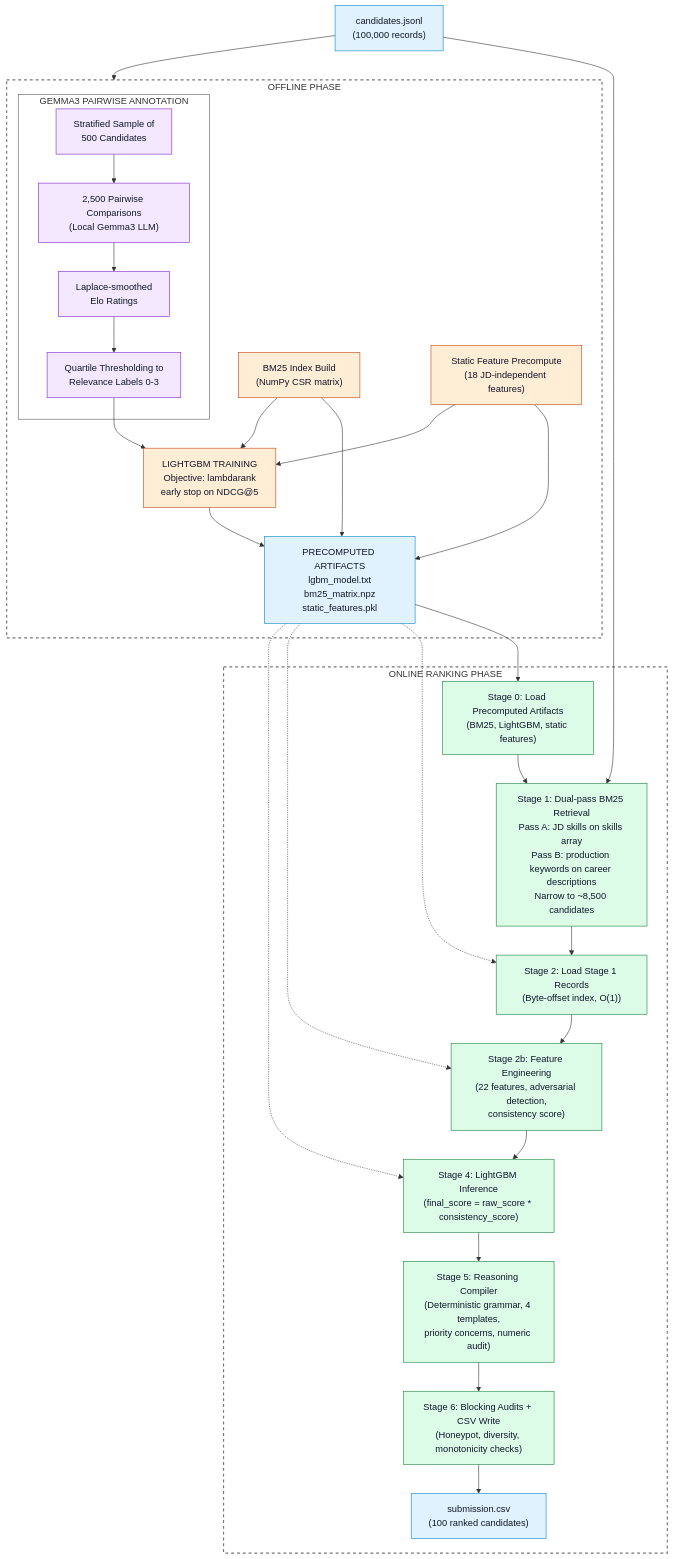
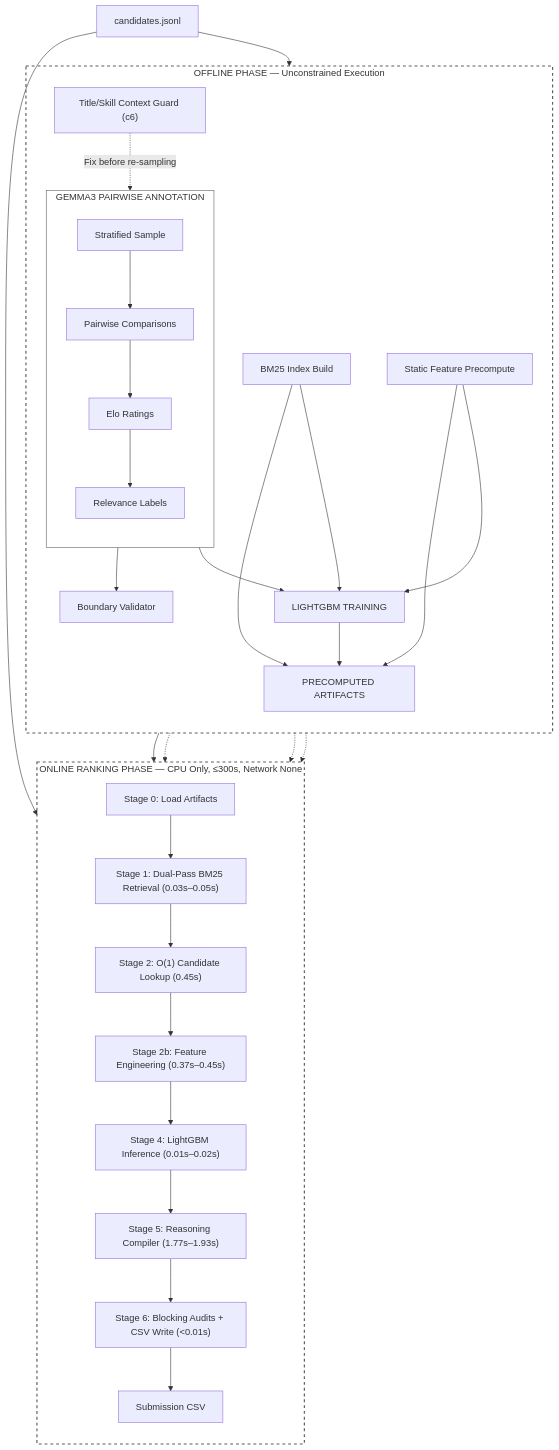
One commit to Pranjal1342/-LLM-Trained-LambdaRank-Candidate-Engine changed the diagram in README.md. Above: the diagram before and after it, drawn with Mermaid. The commit also changed other lines of this file, not shown here.

Commit message:
Update architecture diagram in README

````diff
--- a/README.md
+++ b/README.md
@@ -34,31 +34,41 @@
 ```mermaid
  flowchart TD
-    %% Define classes with light pastel fills, complementary borders, and dark text for contrast
-    classDef data fill:#e0f2fe,stroke:#0284c7,stroke-width:1px,color:#0f172a;
-    classDef llm fill:#f3e8ff,stroke:#7e22ce,stroke-width:1px,color:#0f172a;
-    classDef offline fill:#ffedd5,stroke:#c2410c,stroke-width:1px,color:#0f172a;
-    classDef online fill:#dcfce7,stroke:#15803d,stroke-width:1px,color:#0f172a;
+    %% Styling Classes mapped to the custom palette
+    classDef data fill:#272B36,stroke:#B7B8BB,stroke-width:1px,color:#D7D7D6;
+    classDef llm fill:#595D66,stroke:#B7B8BB,stroke-width:1px,color:#D7D7D6;
+    classDef offline fill:#595D66,stroke:#B7B8BB,stroke-width:1px,color:#D7D7D6;
+    classDef online fill:#595D66,stroke:#B7B8BB,stroke-width:1px,color:#D7D7D6;
+    classDef fixed fill:#595D66,stroke:#D7D7D6,stroke-width:2px,color:#D7D7D6;
+    classDef pending fill:#272B36,stroke:#A08A81,stroke-width:2px,stroke-dasharray:5 5,color:#A08A81;
 
-    candidates_jsonl["candidates.jsonl<br/>(100,000 records)"]:::data
-    submission_csv["submission.csv<br/>(100 ranked candidates)"]:::data
+    candidates_jsonl["candidates.jsonl"]
 
-    subgraph offline_phase [OFFLINE PHASE]
+    subgraph offline_phase [OFFLINE PHASE — Unconstrained Execution]
+        direction TB
+        
         subgraph gemma3_annotation [GEMMA3 PAIRWISE ANNOTATION]
-            stratified_sample["Stratified Sample of<br/>500 Candidates"]:::llm
-            pairwise_comparisons["2,500 Pairwise Comparisons<br/>(Local Gemma3 LLM)"]:::llm
-            elo_ratings["Laplace-smoothed<br/>Elo Ratings"]:::llm
-            relevance_labels["Quartile Thresholding to<br/>Relevance Labels 0-3"]:::llm
+            direction TB
             
+            stratified_sample["Stratified Sample"]
+            pairwise_comparisons["Pairwise Comparisons"]
+            elo_ratings["Elo Ratings"]
+            relevance_labels["Relevance Labels"]
+
             stratified_sample --> pairwise_comparisons
             pairwise_comparisons --> elo_ratings
             elo_ratings --> relevance_labels
         end
-        
-        bm25_index_build["BM25 Index Build<br/>(NumPy CSR matrix)"]:::offline
-        static_feature_precompute["Static Feature Precompute<br/>(18 JD-independent features)"]:::offline
-        
-        lightgbm_training["LIGHTGBM TRAINING<br/>Objective: lambdarank<br/>early stop on NDCG@5"]:::offline
-        
+
+        mismatch_detector_fix["Title/Skill Context Guard (c6)"]
+        mismatch_detector_fix -.->|Fix before re-sampling| stratified_sample
+
+        relevance_labels --> boundary_validator
+        boundary_validator["Boundary Validator"]
+
+        bm25_index_build["BM25 Index Build"]
+        static_feature_precompute["Static Feature Precompute"]
+        lightgbm_training["LIGHTGBM TRAINING"]
+
         bm25_index_build --> precomputed_artifacts_box
         static_feature_precompute --> precomputed_artifacts_box
         relevance_labels --> lightgbm_training
@@ -67,24 +77,21 @@
         
         lightgbm_training --> precomputed_artifacts_box
         
-        precomputed_artifacts_box["PRECOMPUTED ARTIFACTS<br/>lgbm_model.txt<br/>bm25_matrix.npz<br/>static_features.pkl"]:::data
+        precomputed_artifacts_box["PRECOMPUTED ARTIFACTS"]
     end
-    
-    subgraph online_ranking_phase [ONLINE RANKING PHASE]
-        stage_0["Stage 0: Load Precomputed Artifacts<br/>(BM25, LightGBM, static features)"]:::online
+
+    subgraph online_ranking_phase [ONLINE RANKING PHASE — CPU Only, ≤300s, Network None]
+        direction TB
         
-        stage_1["Stage 1: Dual-pass BM25 Retrieval<br/>Pass A: JD skills on skills array<br/>Pass B: production keywords on career descriptions<br/>Narrow to ~8,500 candidates"]:::online
-        
-        stage_2["Stage 2: Load Stage 1 Records<br/>(Byte-offset index, O(1))"]:::online
-        
-        stage_2b["Stage 2b: Feature Engineering<br/>(22 features, adversarial detection,<br/>consistency score)"]:::online
-        
-        stage_4["Stage 4: LightGBM Inference<br/>(final_score = raw_score * consistency_score)"]:::online
-        
-        stage_5["Stage 5: Reasoning Compiler<br/>(Deterministic grammar, 4 templates,<br/>priority concerns, numeric audit)"]:::online
-        
-        stage_6["Stage 6: Blocking Audits + CSV Write<br/>(Honeypot, diversity, monotonicity checks)"]:::online
-        
+        stage_0["Stage 0: Load Artifacts"]
+        stage_1["Stage 1: Dual-Pass BM25 Retrieval (0.03s–0.05s)"]
+        stage_2["Stage 2: O(1) Candidate Lookup (0.45s)"]
+        stage_2b["Stage 2b: Feature Engineering (0.37s–0.45s)"]
+        stage_4["Stage 4: LightGBM Inference (0.01s–0.02s)"]
+        stage_5["Stage 5: Reasoning Compiler (1.77s–1.93s)"]
+        stage_6["Stage 6: Blocking Audits + CSV Write (<0.01s)"]
+        submission_csv["Submission CSV"]
+
         stage_0 --> stage_1
         stage_1 --> stage_2
         stage_2 --> stage_2b
@@ -93,7 +100,7 @@
         stage_5 --> stage_6
         stage_6 --> submission_csv
     end
-    
+
     candidates_jsonl --> offline_phase
     candidates_jsonl --> stage_1
 
@@ -101,10 +108,12 @@
     precomputed_artifacts_box -.-> stage_2
     precomputed_artifacts_box -.-> stage_2b
     precomputed_artifacts_box -.-> stage_4
-    
-    %% Use transparent fills (none) so it inherits GitHub's native dark/light themes seamlessly
-    style offline_phase fill:none,stroke:#777,stroke-width:2px,stroke-dasharray: 5 5
-    style online_ranking_phase fill:none,stroke:#777,stroke-width:2px,stroke-dasharray: 5 5
-    style gemma3_annotation fill:none,stroke:#555,stroke-width:1px   
+
+    %% Style Boundaries using Divider Color (#595D66)
+    style offline_phase fill:none,stroke:#595D66,stroke-width:2px,stroke-dasharray:5 5
+    style online_ranking_phase fill:none,stroke:#595D66,stroke-width:2px,stroke-dasharray:5 5
+    style gemma3_annotation fill:none,stroke:#595D66,stroke-width:1px
+
+
 
 ```        
````
